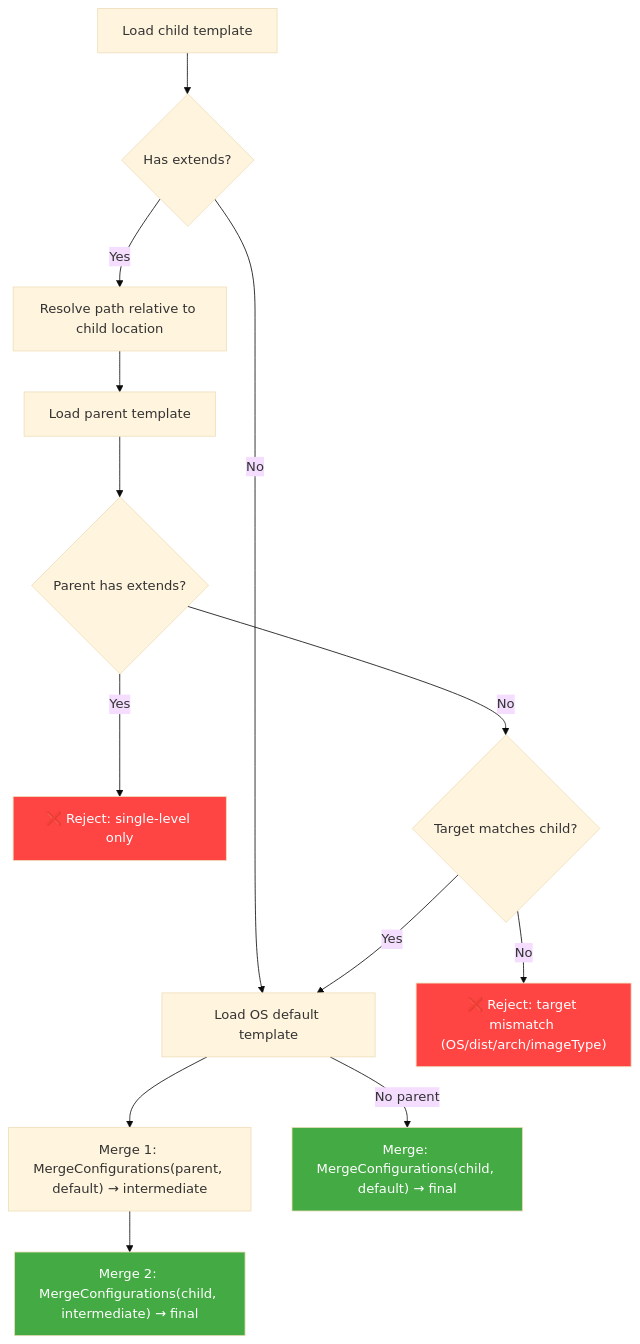
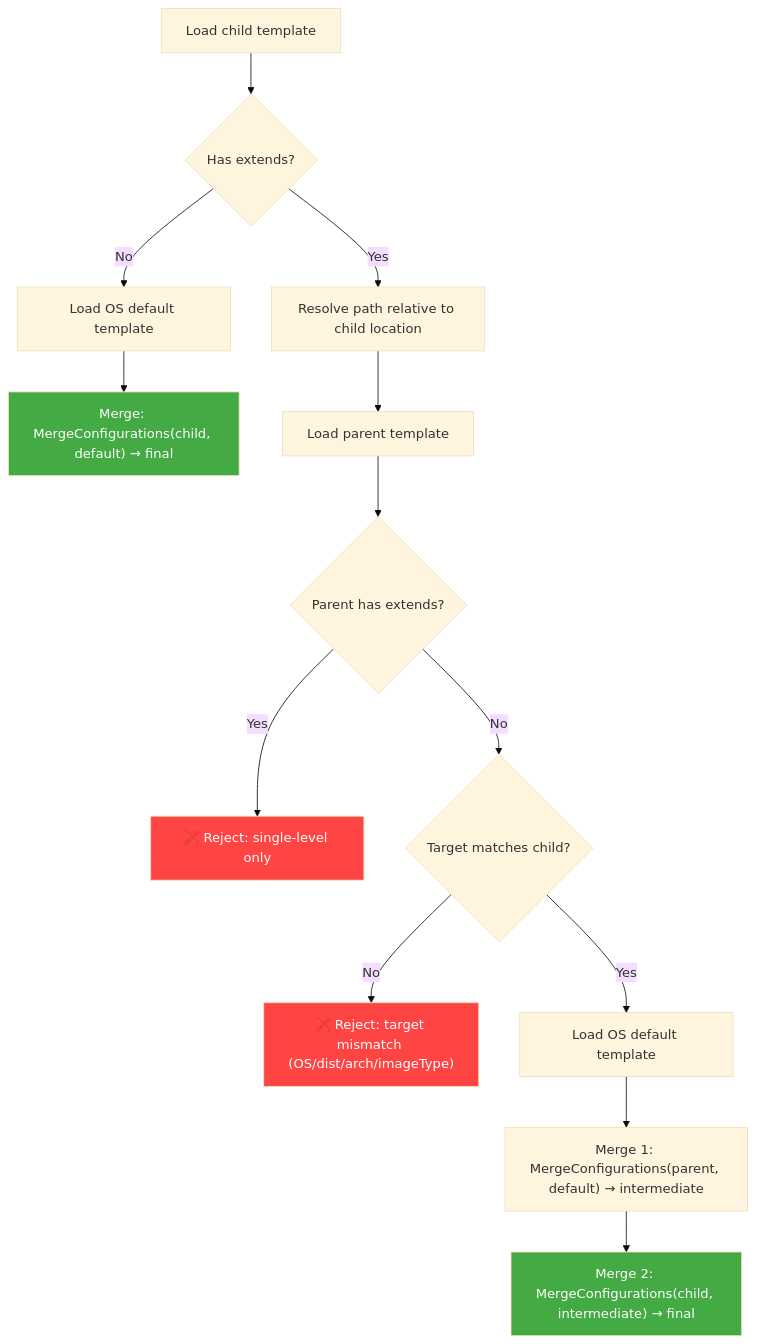
One commit to open-edge-platform/image-composer-tool changed the diagram in docs/architecture/adr-template-extends.md. Above: the diagram before and after it, drawn with Mermaid (base theme). The commit also changed other lines of this file, not shown here.

Commit message:
docs(architecture): address Copilot review - fix diagram ambiguity and path-safety wording

````diff
--- a/docs/architecture/adr-template-extends.md
+++ b/docs/architecture/adr-template-extends.md
@@ -76,20 +76,22 @@
 ```mermaid
 flowchart TD
     A[Load child template] --> B{Has extends?}
-    B -- No --> G[Load OS default template]
+
+    B -- No --> G1[Load OS default template]
+    G1 --> I["Merge: MergeConfigurations(child, default) → final"]
+
     B -- Yes --> C[Resolve path relative to child location]
     C --> D[Load parent template]
     D --> E{Parent has extends?}
     E -- Yes --> ERR1[❌ Reject: single-level only]
     E -- No --> F{Target matches child?}
     F -- No --> ERR2["❌ Reject: target mismatch (OS/dist/arch/imageType)"]
-    F -- Yes --> G
-    G --> H["Merge 1: MergeConfigurations(parent, default) → intermediate"]
-    G -- No parent --> I["Merge: MergeConfigurations(child, default) → final"]
+    F -- Yes --> G2[Load OS default template]
+    G2 --> H["Merge 1: MergeConfigurations(parent, default) → intermediate"]
     H --> J["Merge 2: MergeConfigurations(child, intermediate) → final"]
 
     style ERR1 fill:#f44,color:#fff
     style ERR2 fill:#f44,color:#fff
     style J fill:#4a4,color:#fff
     style I fill:#4a4,color:#fff
 ```
````
